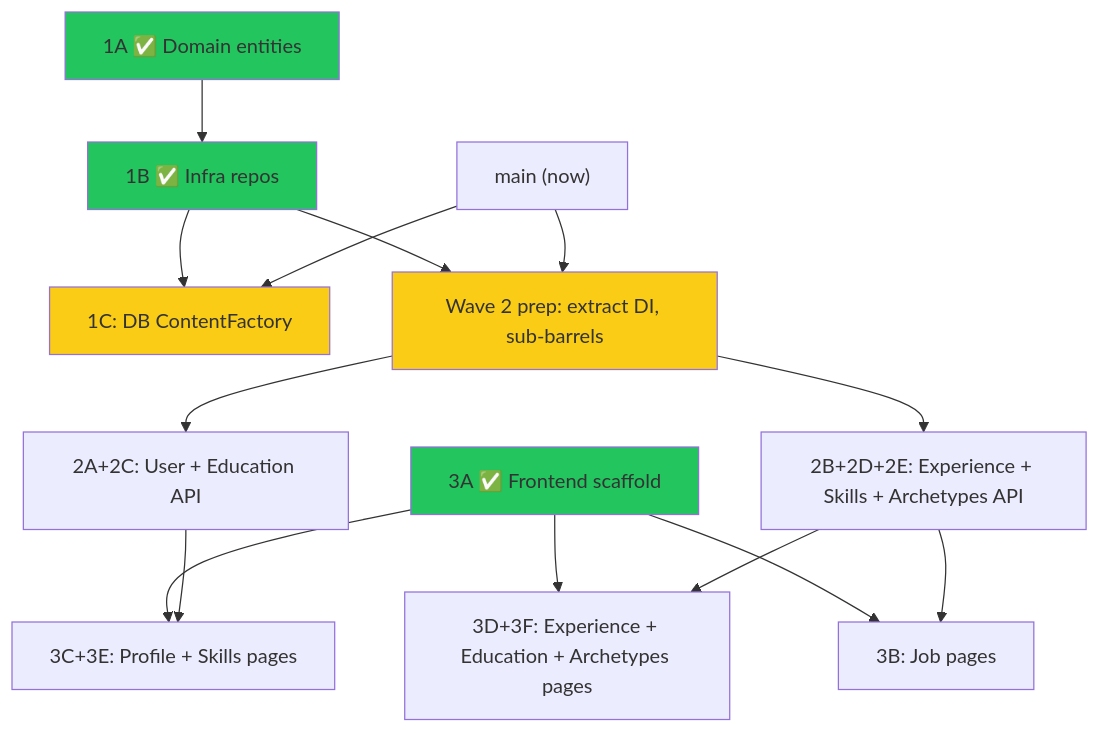
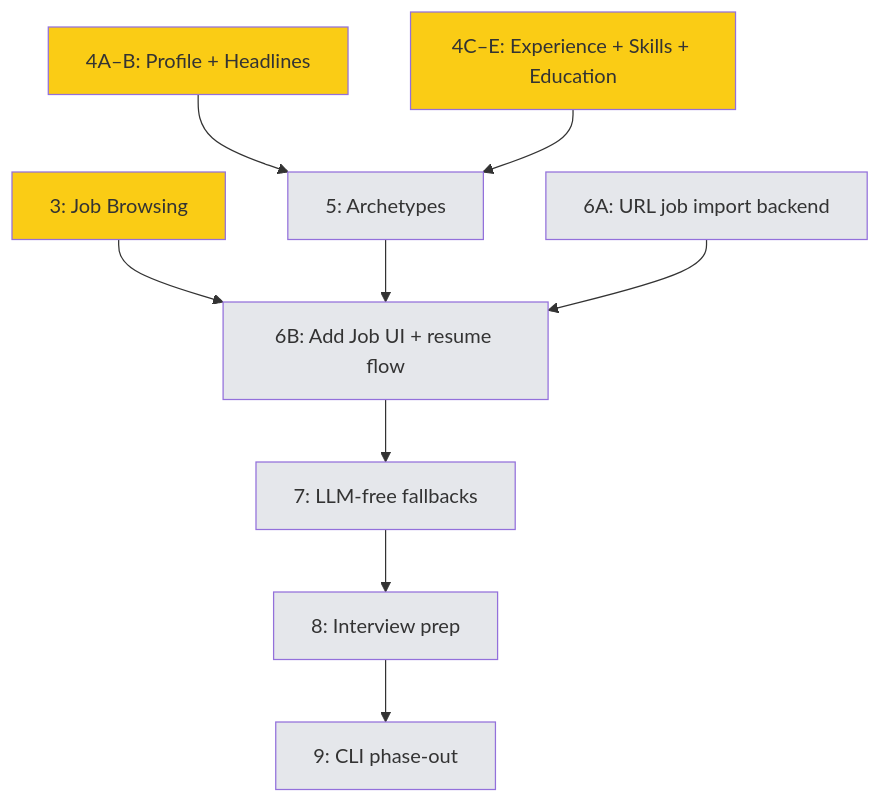
The diagram in GOALS.md (bluebird-labs/TailoredIn), drawn with Mermaid before and after one commit. The commit also changed other lines of this file and 1 other file, not shown here.

````diff
--- a/GOALS.md
+++ b/GOALS.md
@@ -83,22 +71,21 @@
 ```mermaid
 graph TD
-    1A["1A ✅ Domain entities"] --> 1B["1B ✅ Infra repos"]
-    1B --> 1C["1C: DB ContentFactory"]
-    1B --> PREP["Wave 2 prep: extract DI, sub-barrels"]
-    PREP --> 2AC["2A+2C: User + Education API"]
-    PREP --> 2BDE["2B+2D+2E: Experience + Skills + Archetypes API"]
-    START["main (now)"] --> 1C
-    START --> PREP
-    3A["3A ✅ Frontend scaffold"] --> 3B["3B: Job pages"]
-    3A --> 3CE["3C+3E: Profile + Skills pages"]
-    3A --> 3DF["3D+3F: Experience + Education + Archetypes pages"]
-    2AC --> 3CE
-    2BDE --> 3DF
-    2BDE --> 3B
+    M3["3: Job Browsing"] --> M6B["6B: Add Job UI + resume flow"]
+    M4AB["4A–B: Profile + Headlines"] --> M5["5: Archetypes"]
+    M4CDE["4C–E: Experience + Skills + Education"] --> M5
+    M5 --> M6B
+    M6A["6A: URL job import backend"] --> M6B
+    M6B --> M7["7: LLM-free fallbacks"]
+    M7 --> M8["8: Interview prep"]
+    M8 --> M9["9: CLI phase-out"]
 
-    style 1A fill:#22c55e
-    style 1B fill:#22c55e
-    style 3A fill:#22c55e
-    style 1C fill:#facc15
-    style PREP fill:#facc15
+    style M3 fill:#facc15
+    style M4AB fill:#facc15
+    style M4CDE fill:#facc15
+    style M5 fill:#e5e7eb
+    style M6A fill:#e5e7eb
+    style M6B fill:#e5e7eb
+    style M7 fill:#e5e7eb
+    style M8 fill:#e5e7eb
+    style M9 fill:#e5e7eb
 ```
````
